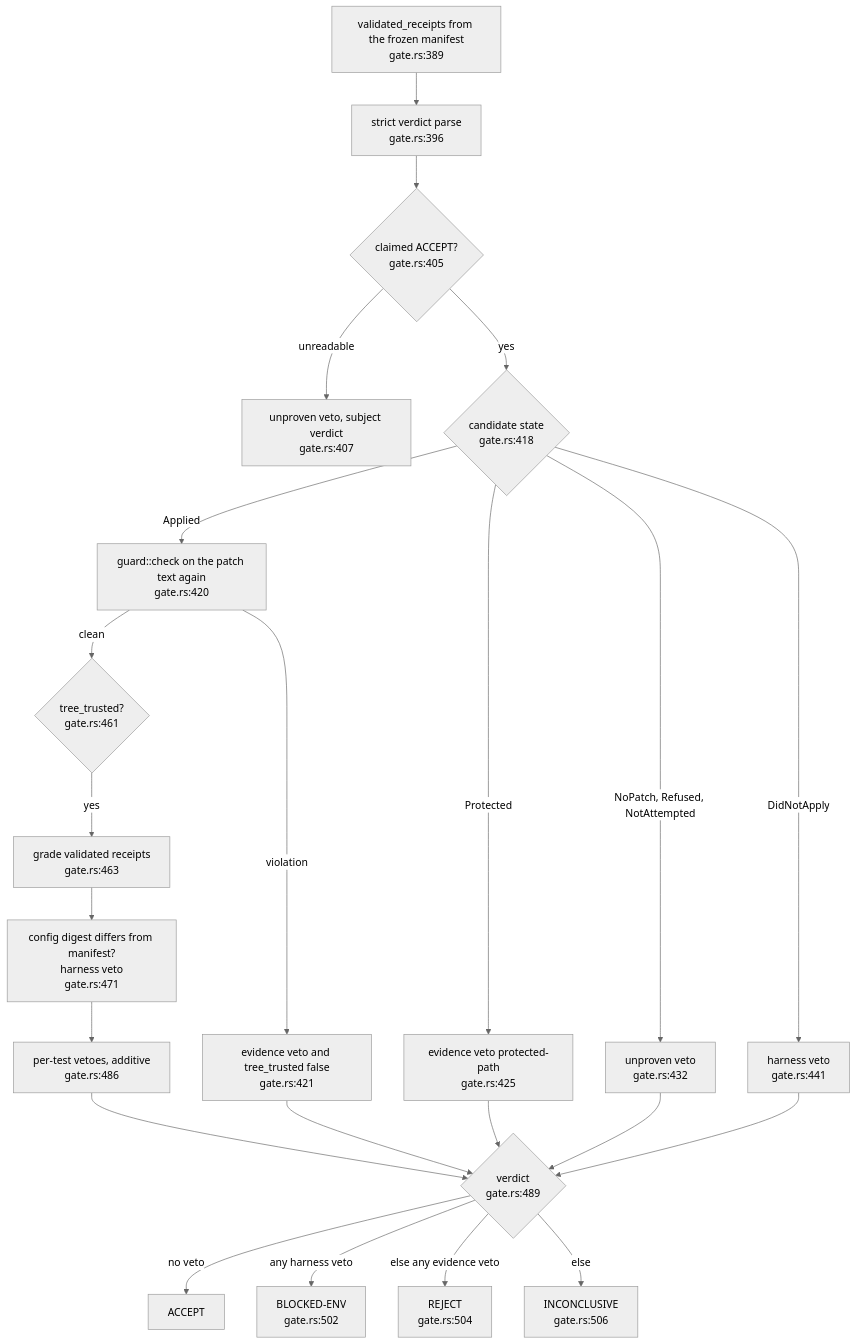
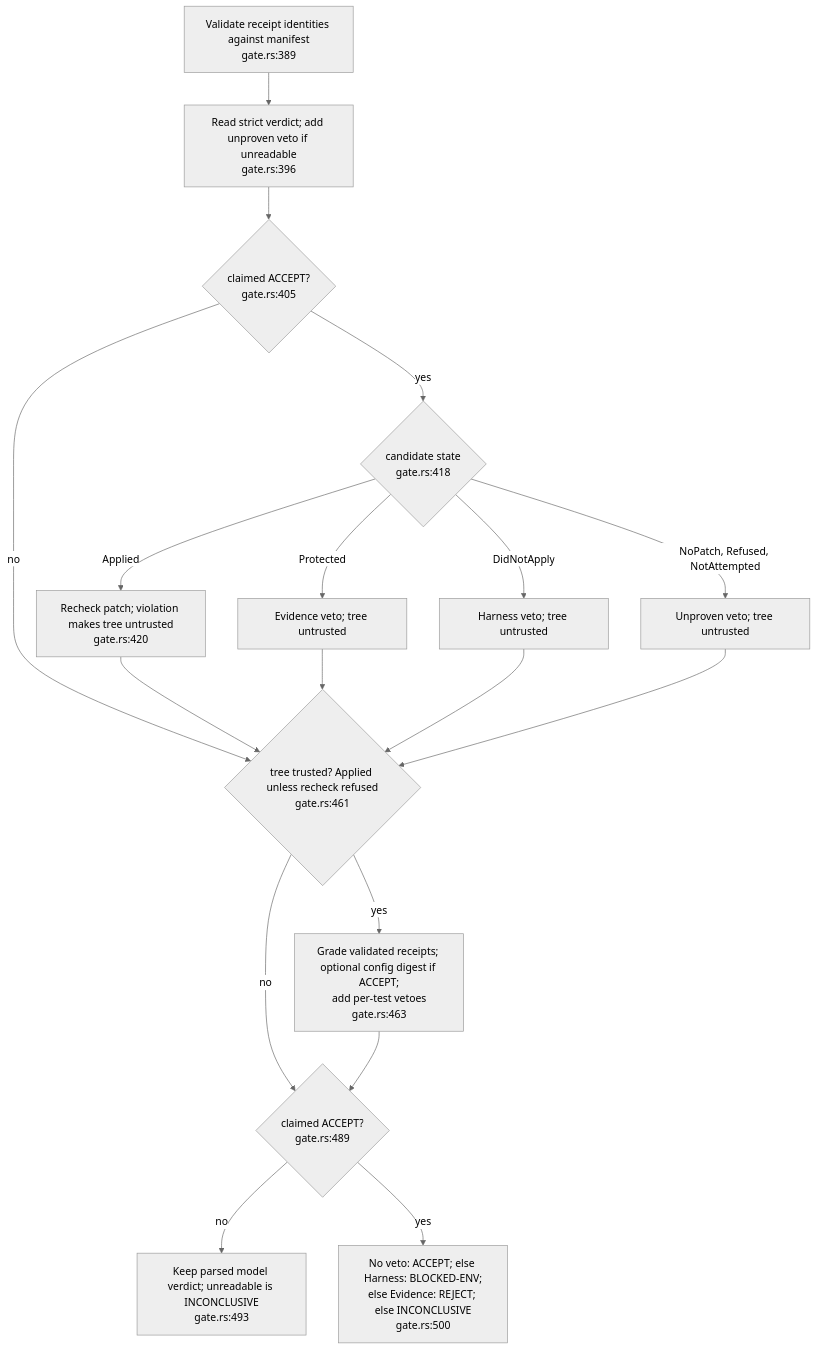
One commit to DreamLab-AI/dream-engine changed the second of 5 diagrams in docs/diagrams/gate/01-verdict-classes-and-the-decide-flow.md. Above: the diagram before and after it, drawn with Mermaid (neutral theme). The commit also changed other lines of this file and 11 other files, not shown here.

Commit message:
docs: reconcile all dream-engine diagrams with current source contracts

````diff
--- a/docs/diagrams/gate/01-verdict-classes-and-the-decide-flow.md
+++ b/docs/diagrams/gate/01-verdict-classes-and-the-decide-flow.md
@@ -88,25 +83,20 @@
 ```mermaid
 flowchart TB
-    VR["validated_receipts from the frozen manifest<br/>gate.rs:389"] --> A
-    A["strict verdict parse<br/>gate.rs:396"] --> B{"claimed ACCEPT?<br/>gate.rs:405"}
-    B -->|"unreadable"| U1["unproven veto, subject verdict<br/>gate.rs:407"]
-    B -->|"yes"| C{"candidate state<br/>gate.rs:418"}
-    C -->|"Applied"| G["guard::check on the patch text again<br/>gate.rs:420"]
-    G -->|"violation"| GV["evidence veto and tree_trusted false<br/>gate.rs:421"]
-    C -->|"Protected"| PV["evidence veto protected-path<br/>gate.rs:425"]
-    C -->|"NoPatch, Refused, NotAttempted"| UV["unproven veto<br/>gate.rs:432"]
-    C -->|"DidNotApply"| HV["harness veto<br/>gate.rs:441"]
-    G -->|"clean"| T{"tree_trusted?<br/>gate.rs:461"}
-    T -->|"yes"| R["grade validated receipts<br/>gate.rs:463"]
-    R --> D["config digest differs from manifest?<br/>harness veto<br/>gate.rs:471"]
-    D --> PT["per-test vetoes, additive<br/>gate.rs:486"]
-    PT --> V{"verdict<br/>gate.rs:489"}
-    GV --> V
-    PV --> V
-    UV --> V
-    HV --> V
-    V -->|"no veto"| ACC["ACCEPT"]
-    V -->|"any harness veto"| BE["BLOCKED-ENV<br/>gate.rs:502"]
-    V -->|"else any evidence veto"| RJ["REJECT<br/>gate.rs:504"]
-    V -->|"else"| INC["INCONCLUSIVE<br/>gate.rs:506"]
+    VR["Validate receipt identities against manifest<br/>gate.rs:389"] --> C["Read strict verdict; add unproven veto if unreadable<br/>gate.rs:396"]
+    C --> A{"claimed ACCEPT?<br/>gate.rs:405"}
+    A -->|yes| S{"candidate state<br/>gate.rs:418"}
+    S -->|Applied| G["Recheck patch; violation makes tree untrusted<br/>gate.rs:420"]
+    S -->|Protected| E["Evidence veto; tree untrusted"]
+    S -->|DidNotApply| H["Harness veto; tree untrusted"]
+    S -->|NoPatch, Refused, NotAttempted| U["Unproven veto; tree untrusted"]
+    A -->|no| T
+    G --> T
+    E --> T
+    H --> T
+    U --> T
+    T{"tree trusted? Applied unless recheck refused<br/>gate.rs:461"} -->|yes| R["Grade validated receipts; optional config digest if ACCEPT;<br/>add per-test vetoes<br/>gate.rs:463"]
+    T -->|no| V
+    R --> V{"claimed ACCEPT?<br/>gate.rs:489"}
+    V -->|no| M["Keep parsed model verdict; unreadable is INCONCLUSIVE<br/>gate.rs:493"]
+    V -->|yes| P["No veto: ACCEPT; else Harness: BLOCKED-ENV;<br/>else Evidence: REJECT; else INCONCLUSIVE<br/>gate.rs:500"]
 ```
````
